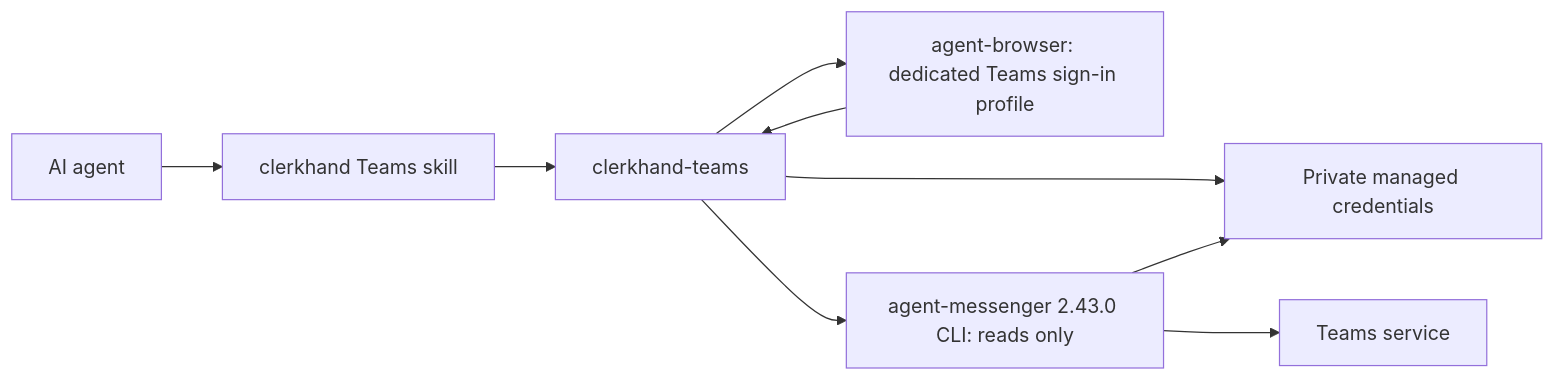
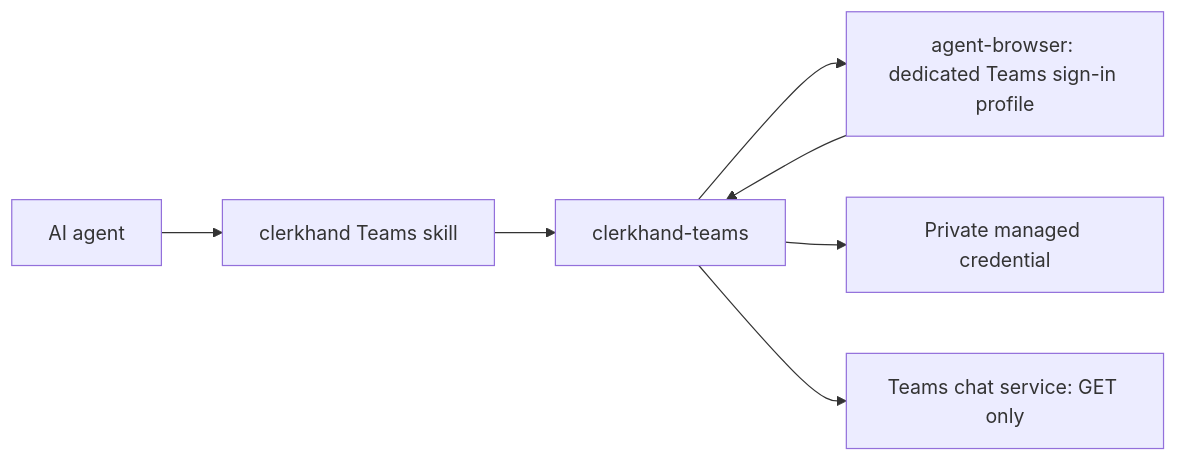
Before and after one commit to Ansarac/clerkhand: the diagram in docs/overview.md, drawn with Mermaid. The commit also changed other lines of this file and 31 other files, not shown here.

````diff
--- a/docs/overview.md
+++ b/docs/overview.md
@@ -3,11 +3,9 @@
 ```mermaid
 flowchart LR
   A[AI agent] --> S[clerkhand Teams skill]
   S --> T[clerkhand-teams]
   T --> B[agent-browser: dedicated Teams sign-in profile]
   B --> T
-  T --> C[Private managed credentials]
-  T --> M[agent-messenger 2.43.0 CLI: reads only]
-  M --> C
-  M --> W[Teams service]
+  T --> C[Private managed credential]
+  T --> W[Teams chat service: GET only]
 ```
````
